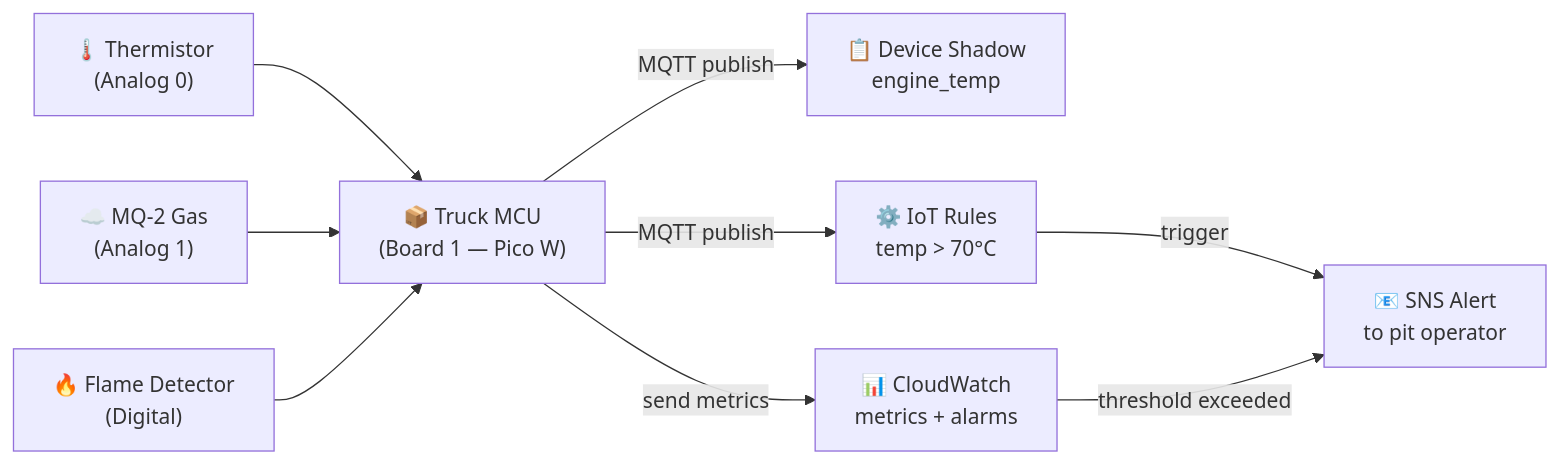
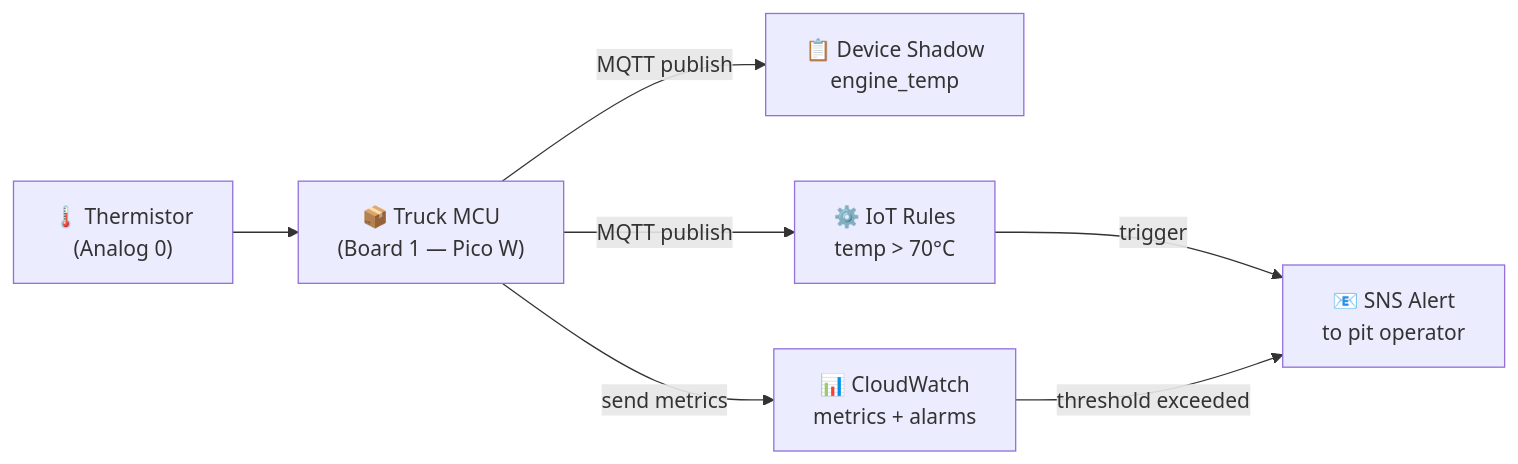
Before and after one commit to prgrobots/Iot2_new: the second of 7 diagrams in docs/electronics/09.md, drawn with Mermaid. The commit also changed other lines of this file and 4 other files, not shown here.

````diff
--- a/docs/electronics/09.md
+++ b/docs/electronics/09.md
@@ -144,24 +140,20 @@
 ```mermaid
 graph LR
     Thermistor["🌡️ Thermistor<br/>(Analog 0)"]
-    MQ2["☁️ MQ-2 Gas<br/>(Analog 1)"]
-    Flame["🔥 Flame Detector<br/>(Digital)"]
     
     Board1["📦 Truck MCU<br/>(Board 1 — Pico W)"]
     
     Shadow["📋 Device Shadow<br/>engine_temp"]
     Rules["⚙️ IoT Rules<br/>temp > 70°C"]
     CW["📊 CloudWatch<br/>metrics + alarms"]
     SNS["📧 SNS Alert<br/>to pit operator"]
     
     Thermistor --> Board1
-    MQ2 --> Board1
-    Flame --> Board1
     
     Board1 -->|MQTT publish| Shadow
     Board1 -->|MQTT publish| Rules
     Board1 -->|send metrics| CW
     
     Rules -->|trigger| SNS
     CW -->|threshold exceeded| SNS
 ```
````
